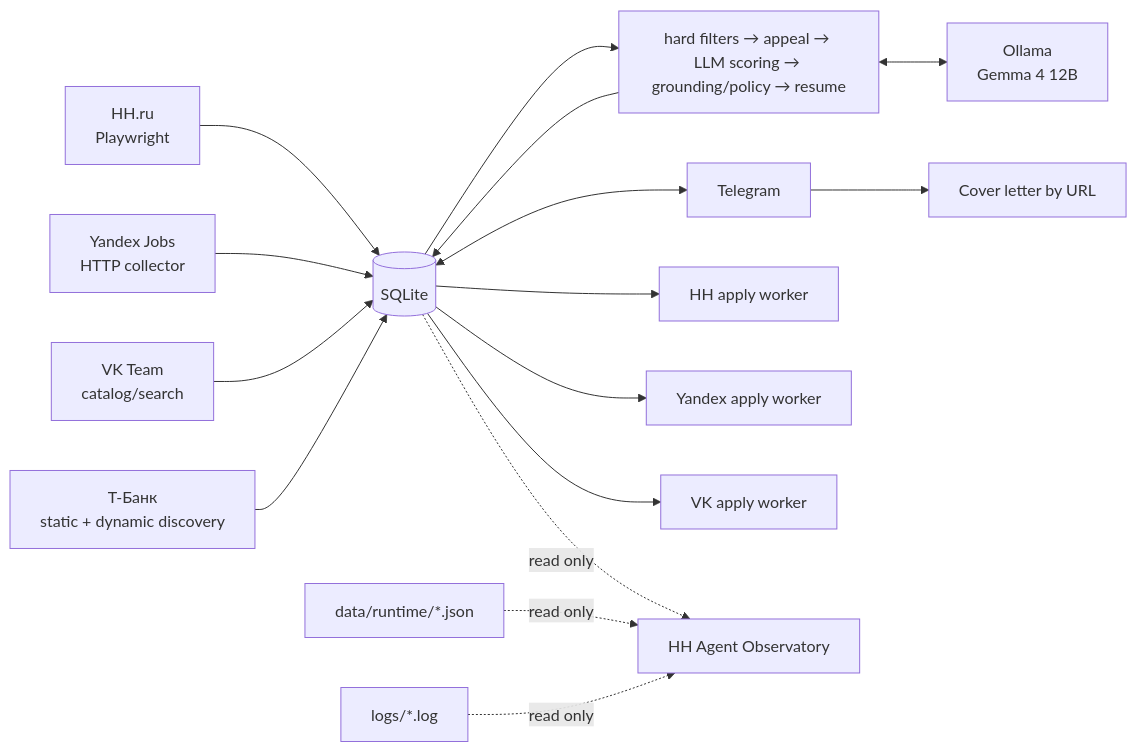
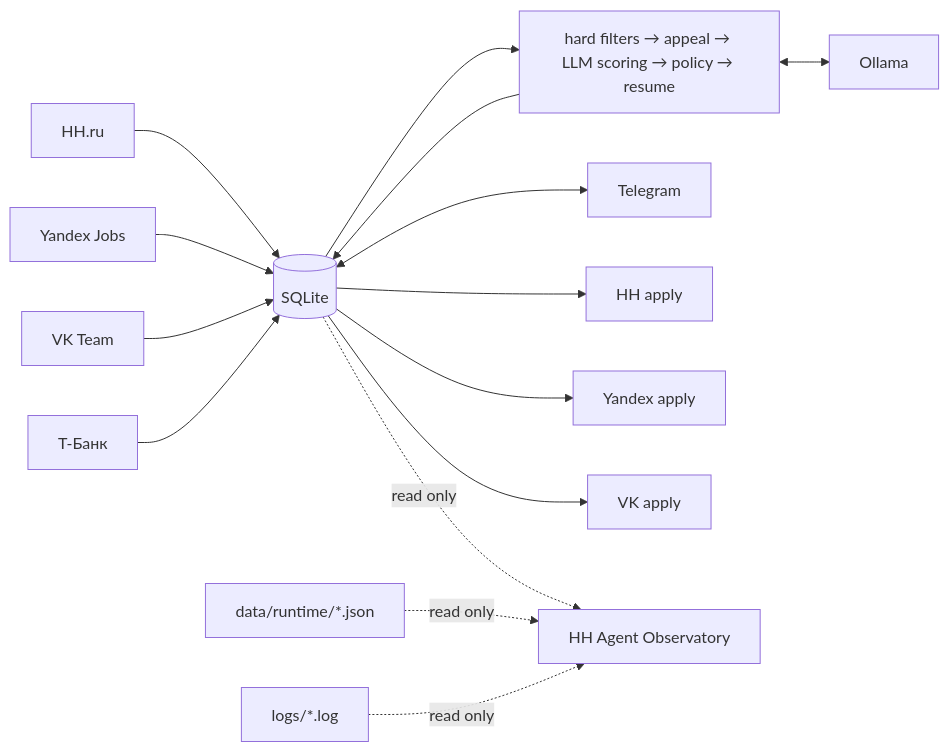
One commit to Xander-Rude/hh-agent changed the first of 2 diagrams in README.md. Above: the diagram before and after it, drawn with Mermaid. The commit also changed other lines of this file, not shown here.

````diff
--- a/README.md
+++ b/README.md
@@ -53,22 +52,20 @@
 ```mermaid
 flowchart LR
-    HH[HH.ru<br/>Playwright] --> DB[(SQLite)]
-    YA[Yandex Jobs<br/>HTTP collector] --> DB
-    VK[VK Team<br/>catalog/search] --> DB
-    TB[Т-Банк<br/>static + dynamic discovery] --> DB
+    HH[HH.ru] --> DB[(SQLite)]
+    YA[Yandex Jobs] --> DB
+    VK[VK Team] --> DB
+    TB[Т-Банк] --> DB
 
-    DB --> EVAL[hard filters → appeal → LLM scoring → grounding/policy → resume]
-    EVAL <--> LLM[Ollama<br/>Gemma 4 12B]
+    DB --> EVAL[hard filters → appeal → LLM scoring → policy → resume]
+    EVAL <--> LLM[Ollama]
     EVAL --> DB
 
     DB <--> TG[Telegram]
-    TG --> COVER[Cover letter by URL]
-
-    DB --> HHA[HH apply worker]
-    DB --> YAA[Yandex apply worker]
-    DB --> VKA[VK apply worker]
+    DB --> HHA[HH apply]
+    DB --> YAA[Yandex apply]
+    DB --> VKA[VK apply]
 
     DB -. read only .-> OBS[HH Agent Observatory]
     RT[data/runtime/*.json] -. read only .-> OBS
     LOGS[logs/*.log] -. read only .-> OBS
 ```
````
